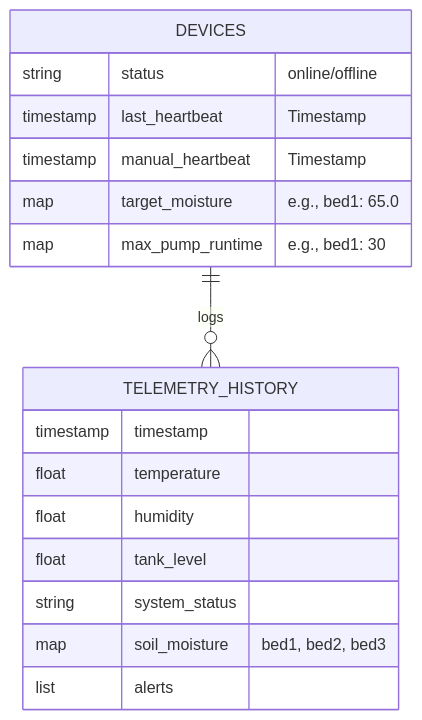
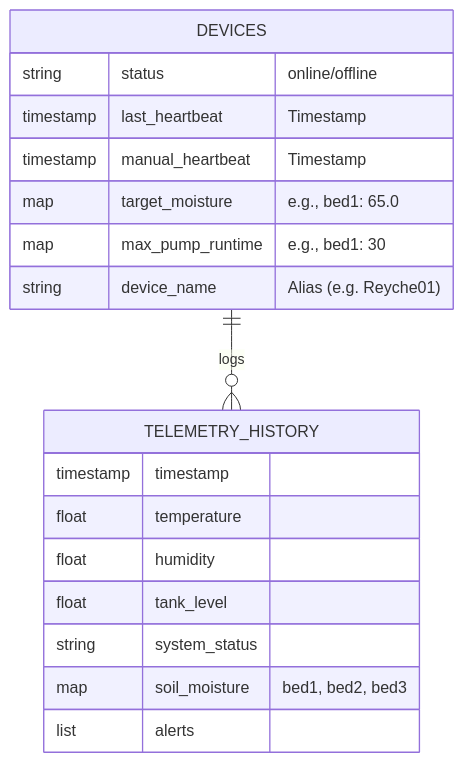
One commit to Arziii/Smartsprout changed the second of 6 diagrams in DefensePreparation.md. Above: the diagram before and after it, drawn with Mermaid. The commit also changed other lines of this file and 2 other files, not shown here.

Commit message:
refactor: upgrade authentication to enterprise-grade PBKDF2 passwords with strict alias resolving and constant-time verification

````diff
--- a/DefensePreparation.md
+++ b/DefensePreparation.md
@@ -104,22 +104,23 @@
 ```mermaid
 erDiagram
     DEVICES {
         string status "online/offline"
         timestamp last_heartbeat "Timestamp"
         timestamp manual_heartbeat "Timestamp"
         map target_moisture "e.g., bed1: 65.0"
         map max_pump_runtime "e.g., bed1: 30"
+        string device_name "Alias (e.g. Reyche01)"
     }
     
     TELEMETRY_HISTORY {
         timestamp timestamp
         float temperature
         float humidity
         float tank_level
         string system_status
         map soil_moisture "bed1, bed2, bed3"
         list alerts
     }
 
     DEVICES ||--o{ TELEMETRY_HISTORY : logs
 ```
````
